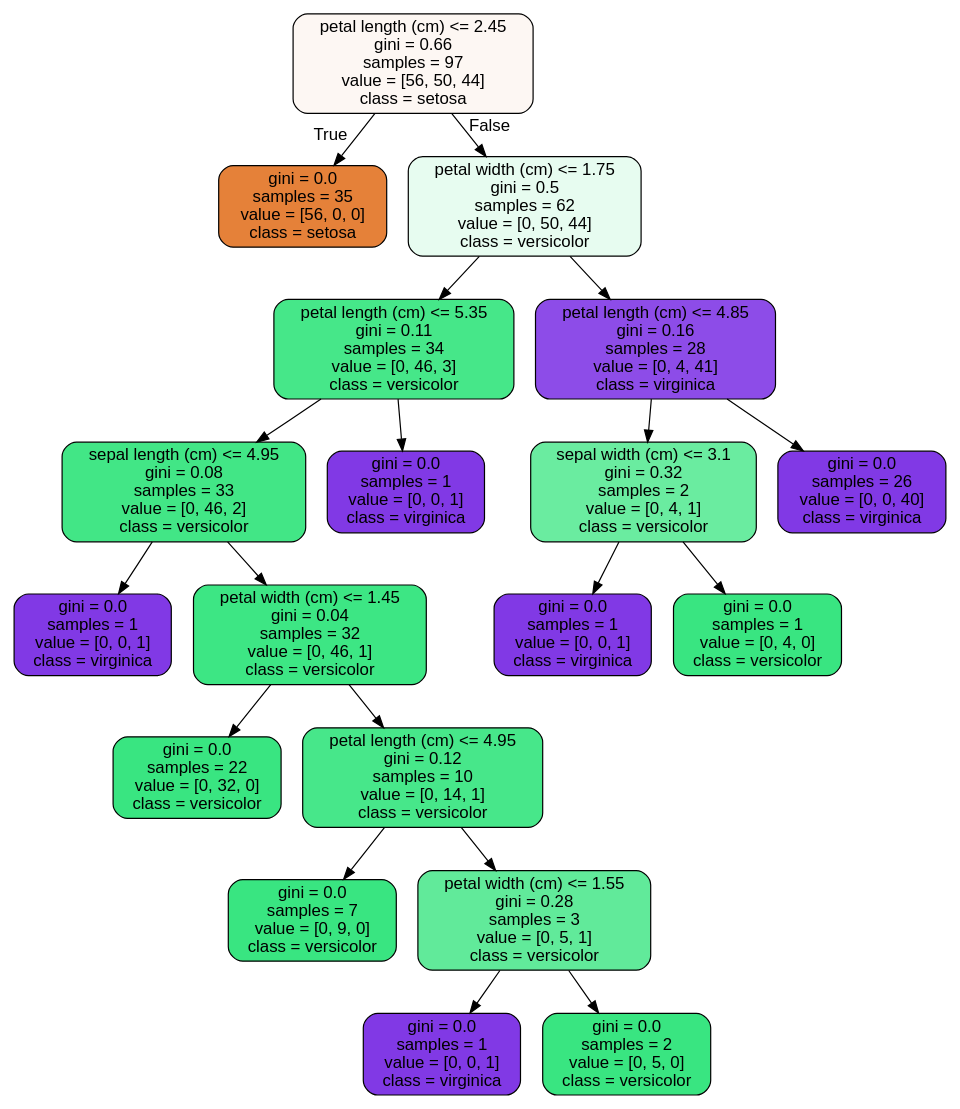
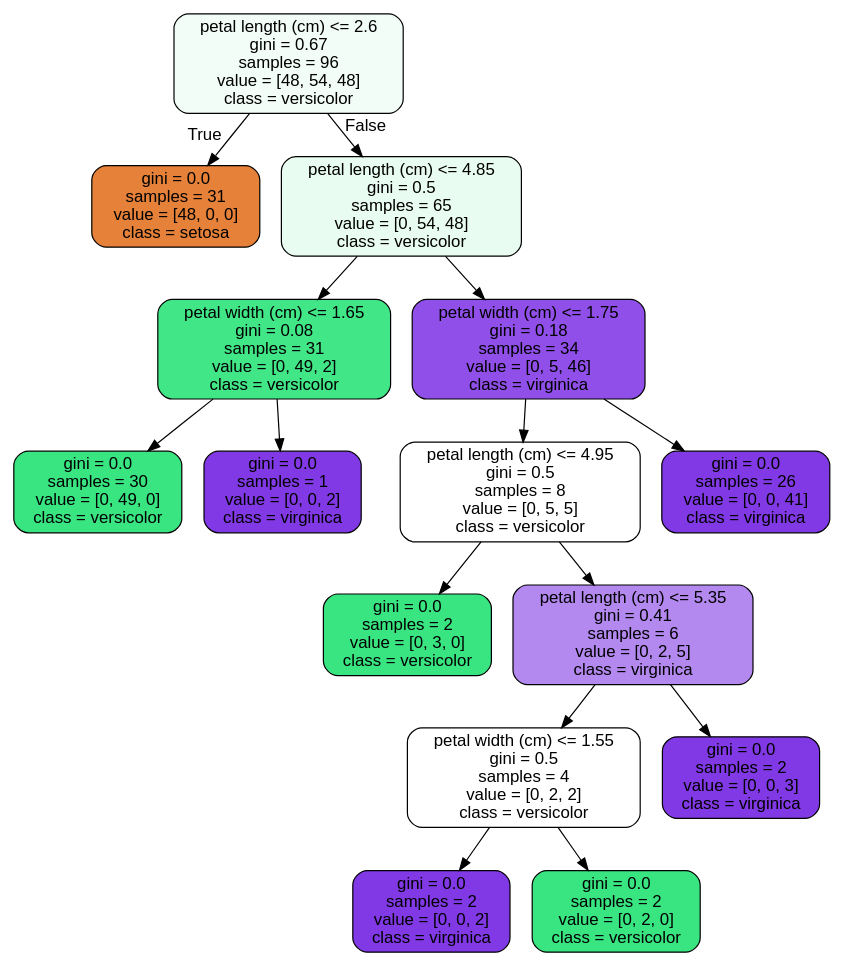
One commit to nahsradus/SpringBoard changed the diagram in 14.4.4_RandomForest Covid Case Study/tree.dot. Above: the diagram before and after it, drawn with Graphviz.

Commit message:
new dot file

```diff
--- a/14.4.4_RandomForest Covid Case Study/tree.dot
+++ b/14.4.4_RandomForest Covid Case Study/tree.dot
@@ -1,41 +1,33 @@
 digraph Tree {
 node [shape=box, style="filled, rounded", color="black", fontname=helvetica] ;
 edge [fontname=helvetica] ;
-0 [label="petal length (cm) <= 2.45\ngini = 0.66\nsamples = 97\nvalue = [56, 50, 44]\nclass = setosa", fillcolor="#fdf7f3"] ;
-1 [label="gini = 0.0\nsamples = 35\nvalue = [56, 0, 0]\nclass = setosa", fillcolor="#e58139"] ;
+0 [label="petal length (cm) <= 2.6\ngini = 0.67\nsamples = 96\nvalue = [48, 54, 48]\nclass = versicolor", fillcolor="#f3fdf8"] ;
+1 [label="gini = 0.0\nsamples = 31\nvalue = [48, 0, 0]\nclass = setosa", fillcolor="#e58139"] ;
 0 -> 1 [labeldistance=2.5, labelangle=45, headlabel="True"] ;
-2 [label="petal width (cm) <= 1.75\ngini = 0.5\nsamples = 62\nvalue = [0, 50, 44]\nclass = versicolor", fillcolor="#e7fcf0"] ;
+2 [label="petal length (cm) <= 4.85\ngini = 0.5\nsamples = 65\nvalue = [0, 54, 48]\nclass = versicolor", fillcolor="#e9fcf1"] ;
 0 -> 2 [labeldistance=2.5, labelangle=-45, headlabel="False"] ;
-3 [label="petal length (cm) <= 5.35\ngini = 0.11\nsamples = 34\nvalue = [0, 46, 3]\nclass = versicolor", fillcolor="#46e789"] ;
+3 [label="petal width (cm) <= 1.65\ngini = 0.08\nsamples = 31\nvalue = [0, 49, 2]\nclass = versicolor", fillcolor="#41e686"] ;
 2 -> 3 ;
-4 [label="sepal length (cm) <= 4.95\ngini = 0.08\nsamples = 33\nvalue = [0, 46, 2]\nclass = versicolor", fillcolor="#42e686"] ;
+4 [label="gini = 0.0\nsamples = 30\nvalue = [0, 49, 0]\nclass = versicolor", fillcolor="#39e581"] ;
 3 -> 4 ;
-5 [label="gini = 0.0\nsamples = 1\nvalue = [0, 0, 1]\nclass = virginica", fillcolor="#8139e5"] ;
-4 -> 5 ;
-6 [label="petal width (cm) <= 1.45\ngini = 0.04\nsamples = 32\nvalue = [0, 46, 1]\nclass = versicolor", fillcolor="#3de684"] ;
-4 -> 6 ;
-7 [label="gini = 0.0\nsamples = 22\nvalue = [0, 32, 0]\nclass = versicolor", fillcolor="#39e581"] ;
+5 [label="gini = 0.0\nsamples = 1\nvalue = [0, 0, 2]\nclass = virginica", fillcolor="#8139e5"] ;
+3 -> 5 ;
+6 [label="petal width (cm) <= 1.75\ngini = 0.18\nsamples = 34\nvalue = [0, 5, 46]\nclass = virginica", fillcolor="#8f4fe8"] ;
+2 -> 6 ;
+7 [label="petal length (cm) <= 4.95\ngini = 0.5\nsamples = 8\nvalue = [0, 5, 5]\nclass = versicolor", fillcolor="#ffffff"] ;
 6 -> 7 ;
-8 [label="petal length (cm) <= 4.95\ngini = 0.12\nsamples = 10\nvalue = [0, 14, 1]\nclass = versicolor", fillcolor="#47e78a"] ;
-6 -> 8 ;
-9 [label="gini = 0.0\nsamples = 7\nvalue = [0, 9, 0]\nclass = versicolor", fillcolor="#39e581"] ;
-8 -> 9 ;
-10 [label="petal width (cm) <= 1.55\ngini = 0.28\nsamples = 3\nvalue = [0, 5, 1]\nclass = versicolor", fillcolor="#61ea9a"] ;
-8 -> 10 ;
-11 [label="gini = 0.0\nsamples = 1\nvalue = [0, 0, 1]\nclass = virginica", fillcolor="#8139e5"] ;
+8 [label="gini = 0.0\nsamples = 2\nvalue = [0, 3, 0]\nclass = versicolor", fillcolor="#39e581"] ;
+7 -> 8 ;
+9 [label="petal length (cm) <= 5.35\ngini = 0.41\nsamples = 6\nvalue = [0, 2, 5]\nclass = virginica", fillcolor="#b388ef"] ;
+7 -> 9 ;
+10 [label="petal width (cm) <= 1.55\ngini = 0.5\nsamples = 4\nvalue = [0, 2, 2]\nclass = versicolor", fillcolor="#ffffff"] ;
+9 -> 10 ;
+11 [label="gini = 0.0\nsamples = 2\nvalue = [0, 0, 2]\nclass = virginica", fillcolor="#8139e5"] ;
 10 -> 11 ;
-12 [label="gini = 0.0\nsamples = 2\nvalue = [0, 5, 0]\nclass = versicolor", fillcolor="#39e581"] ;
+12 [label="gini = 0.0\nsamples = 2\nvalue = [0, 2, 0]\nclass = versicolor", fillcolor="#39e581"] ;
 10 -> 12 ;
-13 [label="gini = 0.0\nsamples = 1\nvalue = [0, 0, 1]\nclass = virginica", fillcolor="#8139e5"] ;
-3 -> 13 ;
-14 [label="petal length (cm) <= 4.85\ngini = 0.16\nsamples = 28\nvalue = [0, 4, 41]\nclass = virginica", fillcolor="#8d4ce8"] ;
-2 -> 14 ;
-15 [label="sepal width (cm) <= 3.1\ngini = 0.32\nsamples = 2\nvalue = [0, 4, 1]\nclass = versicolor", fillcolor="#6aeca0"] ;
-14 -> 15 ;
-16 [label="gini = 0.0\nsamples = 1\nvalue = [0, 0, 1]\nclass = virginica", fillcolor="#8139e5"] ;
-15 -> 16 ;
-17 [label="gini = 0.0\nsamples = 1\nvalue = [0, 4, 0]\nclass = versicolor", fillcolor="#39e581"] ;
-15 -> 17 ;
-18 [label="gini = 0.0\nsamples = 26\nvalue = [0, 0, 40]\nclass = virginica", fillcolor="#8139e5"] ;
-14 -> 18 ;
+13 [label="gini = 0.0\nsamples = 2\nvalue = [0, 0, 3]\nclass = virginica", fillcolor="#8139e5"] ;
+9 -> 13 ;
+14 [label="gini = 0.0\nsamples = 26\nvalue = [0, 0, 41]\nclass = virginica", fillcolor="#8139e5"] ;
+6 -> 14 ;
 }
```
